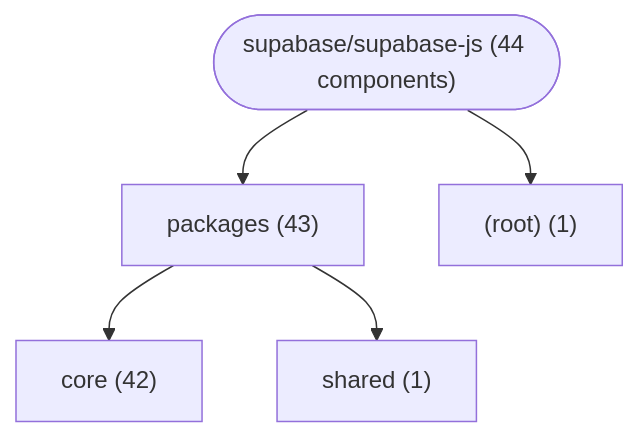
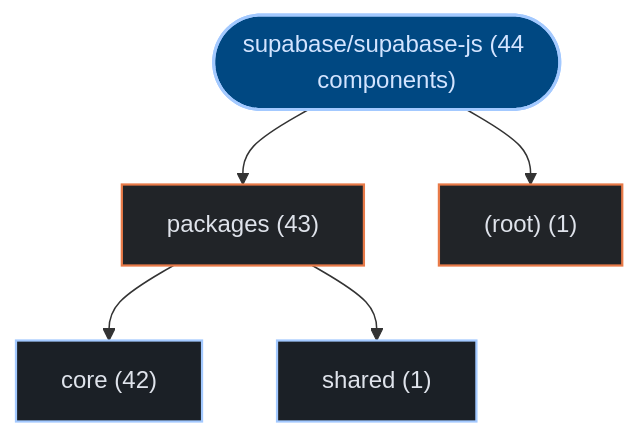
One commit to kumarshaz/atruss-code-atlas changed the first of 3 diagrams in exports/latest/reports/supabase-supabase-js-report.md. Above: the diagram before and after it, drawn with Mermaid. The commit also changed other lines of this file and 331 other files, not shown here.

Commit message:
docs,ui,fix: update SDLC docs, reorder CI/CD DAG first, stylize Mermaid, and fix Arc42 pipeline topology

````diff
--- a/exports/latest/reports/supabase-supabase-js-report.md
+++ b/exports/latest/reports/supabase-supabase-js-report.md
@@ -42,12 +42,19 @@
 ```mermaid
 graph TD;
-    repo_root(["supabase/supabase-js (44 components)"])
-    dir_0_packages["packages (43)"]
+  classDef atlasRoot fill:#004882,stroke:#a3c9ff,stroke-width:2px,color:#d3e4ff
+  classDef atlasCategory fill:#212428,stroke:#E87A48,stroke-width:1.5px,color:#dfe3eb
+  classDef atlasWorkflow fill:#1b2026,stroke:#a3c9ff,stroke-width:1.5px,color:#dfe3eb
+  classDef atlasJob fill:#171c22,stroke:#8d9199,stroke-width:1px,color:#dfe3eb
+  classDef atlasTarget fill:#005227,stroke:#8bd99b,stroke-width:1.5px,color:#a7f6b6
+  classDef atlasAlert fill:#93000a,stroke:#ffb4ab,stroke-width:1.5px,color:#ffdad6
+  classDef atlasMore fill:#252a31,stroke:#8d9199,stroke-dasharray:4 4,color:#c3c6cf
+    repo_root(["supabase/supabase-js (44 components)"]):::atlasRoot
+    dir_0_packages["packages (43)"]:::atlasCategory
     repo_root --> dir_0_packages
-    sub_0_0_core["core (42)"]
+    sub_0_0_core["core (42)"]:::atlasWorkflow
     dir_0_packages --> sub_0_0_core
-    sub_0_1_shared["shared (1)"]
+    sub_0_1_shared["shared (1)"]:::atlasWorkflow
     dir_0_packages --> sub_0_1_shared
-    dir_1__root_["(root) (1)"]
+    dir_1__root_["(root) (1)"]:::atlasCategory
     repo_root --> dir_1__root_
 ```
````
